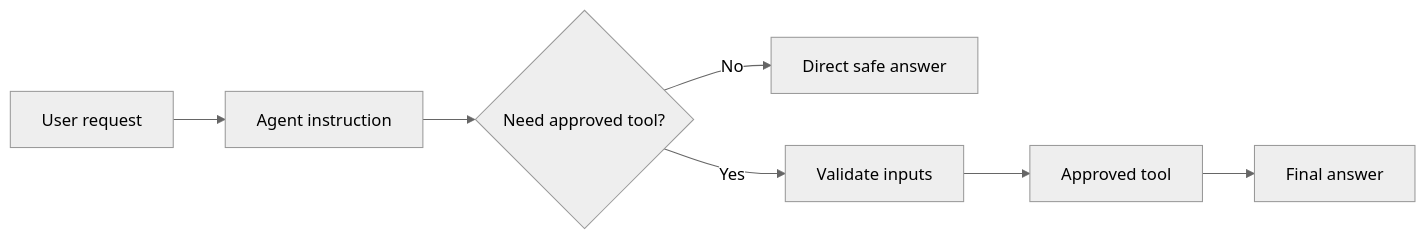
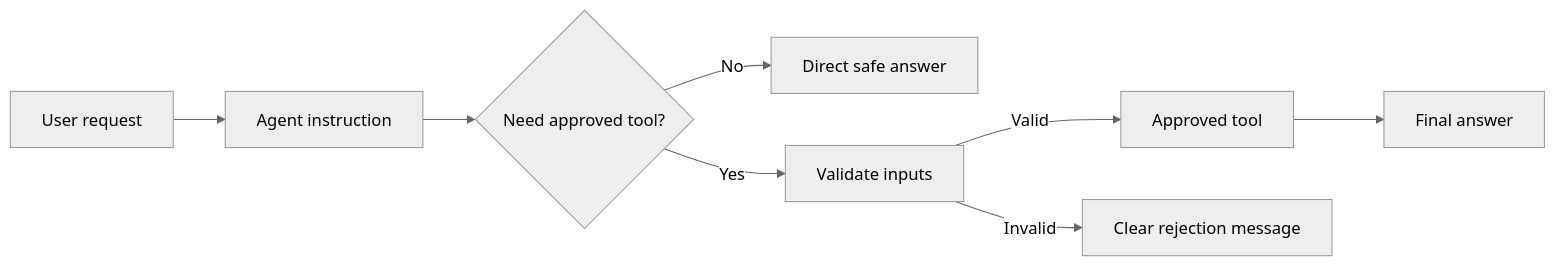
Before and after one commit to tulip-lab/agentic-AI-lab: the first of 3 diagrams in M03-Context-Orchestration/Flowise/M03D-Flowise-AgentFlow-Safe-Tools.md, drawn with Mermaid (neutral theme). The commit also changed other lines of this file and 30 other files, not shown here.

````diff
--- a/M03-Context-Orchestration/Flowise/M03D-Flowise-AgentFlow-Safe-Tools.md
+++ b/M03-Context-Orchestration/Flowise/M03D-Flowise-AgentFlow-Safe-Tools.md
@@ -20,9 +20,10 @@
 ```mermaid
 flowchart LR
     A[User request] --> B[Agent instruction]
     B --> C{Need approved tool?}
     C -->|No| D[Direct safe answer]
     C -->|Yes| E[Validate inputs]
-    E --> F[Approved tool]
-    F --> G[Final answer]
+    E -->|Valid| F[Approved tool]
+    E -->|Invalid| G[Clear rejection message]
+    F --> H[Final answer]
 ```
````
